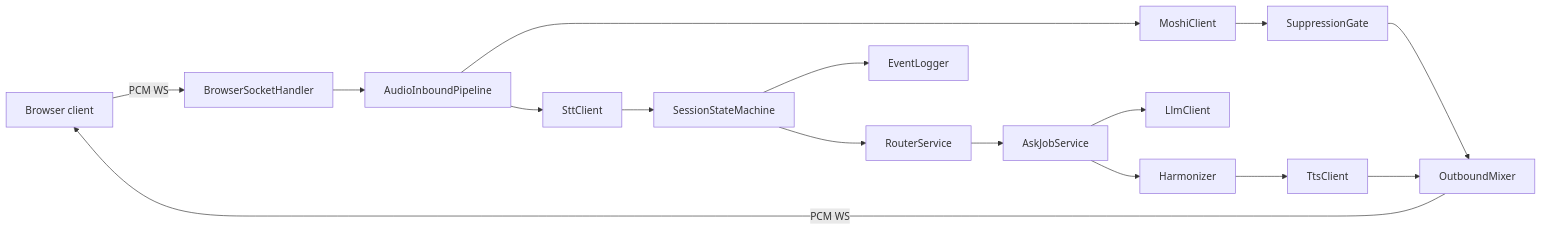
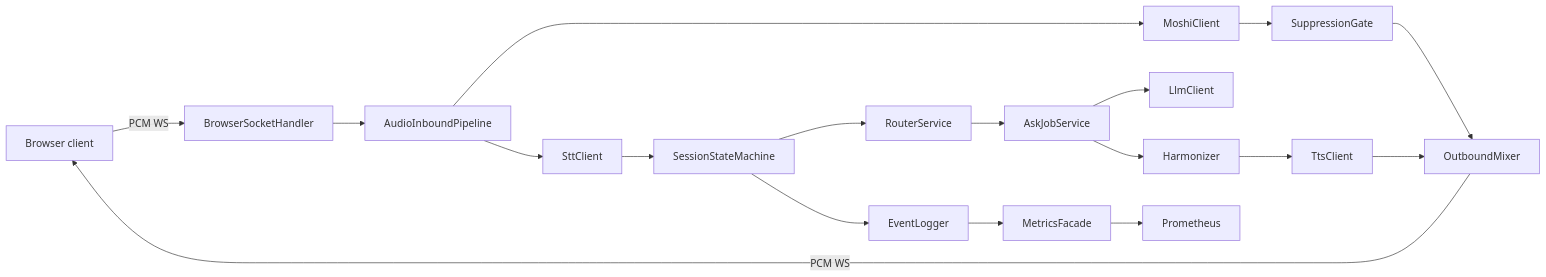
Before and after one commit to Ritesh102000/DuplexResponseV1: the first of 5 diagrams in docs/architecture.md, drawn with Mermaid. The commit also changed other lines of this file and 26 other files, not shown here.

````diff
--- a/docs/architecture.md
+++ b/docs/architecture.md
@@ -7,18 +7,20 @@
 ```mermaid
 flowchart LR
     Browser[Browser client] -->|PCM WS| BrowserSocketHandler
     BrowserSocketHandler --> AudioInboundPipeline
     AudioInboundPipeline --> MoshiClient
     AudioInboundPipeline --> SttClient
     SttClient --> SessionStateMachine
     MoshiClient --> SuppressionGate
     SuppressionGate --> OutboundMixer
     SessionStateMachine --> RouterService
     RouterService --> AskJobService
     AskJobService --> LlmClient
     AskJobService --> Harmonizer
     Harmonizer --> TtsClient
     TtsClient --> OutboundMixer
     OutboundMixer -->|PCM WS| Browser
     SessionStateMachine --> EventLogger
+    EventLogger --> MetricsFacade
+    MetricsFacade --> Prometheus
 ```
````
